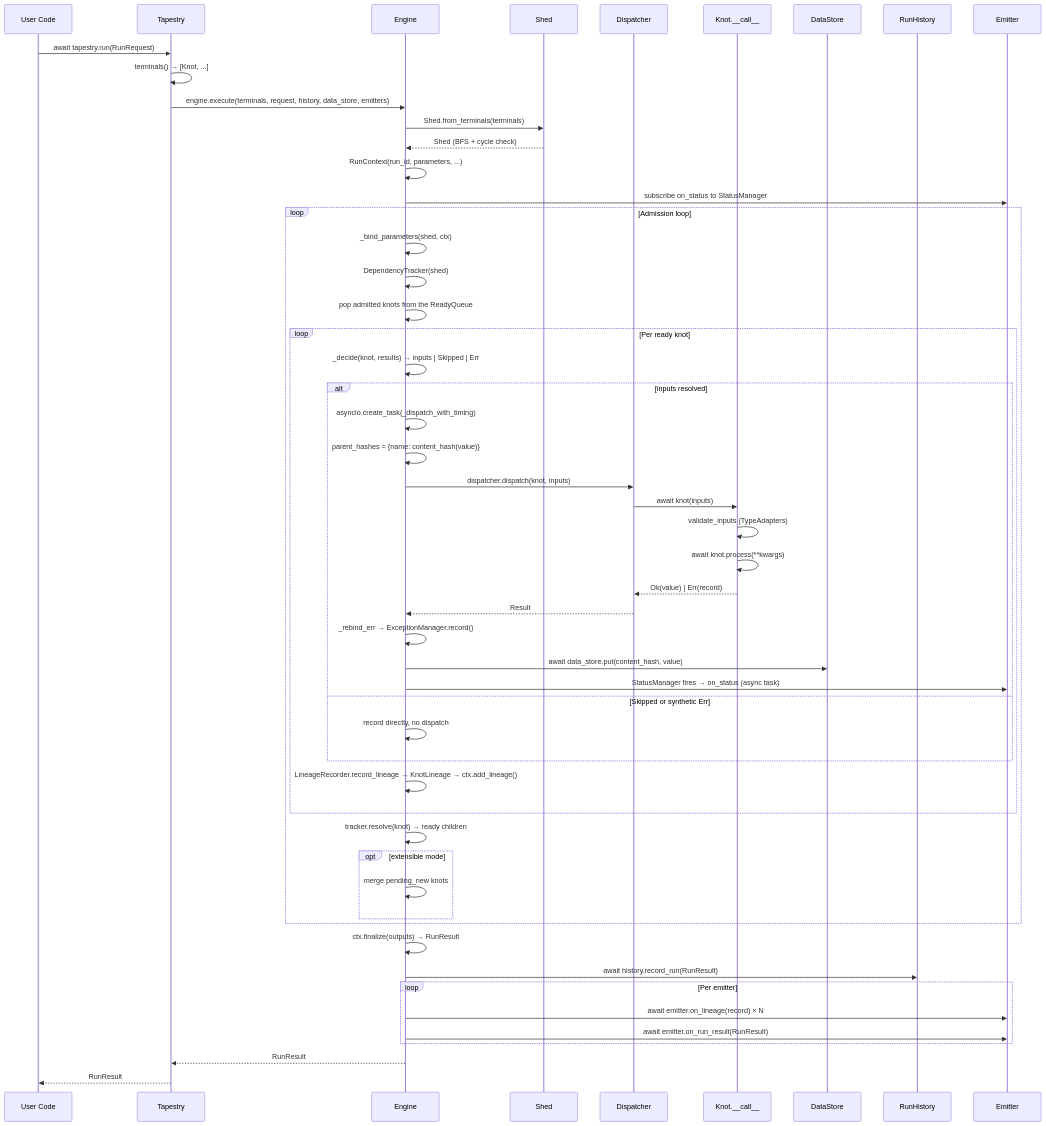
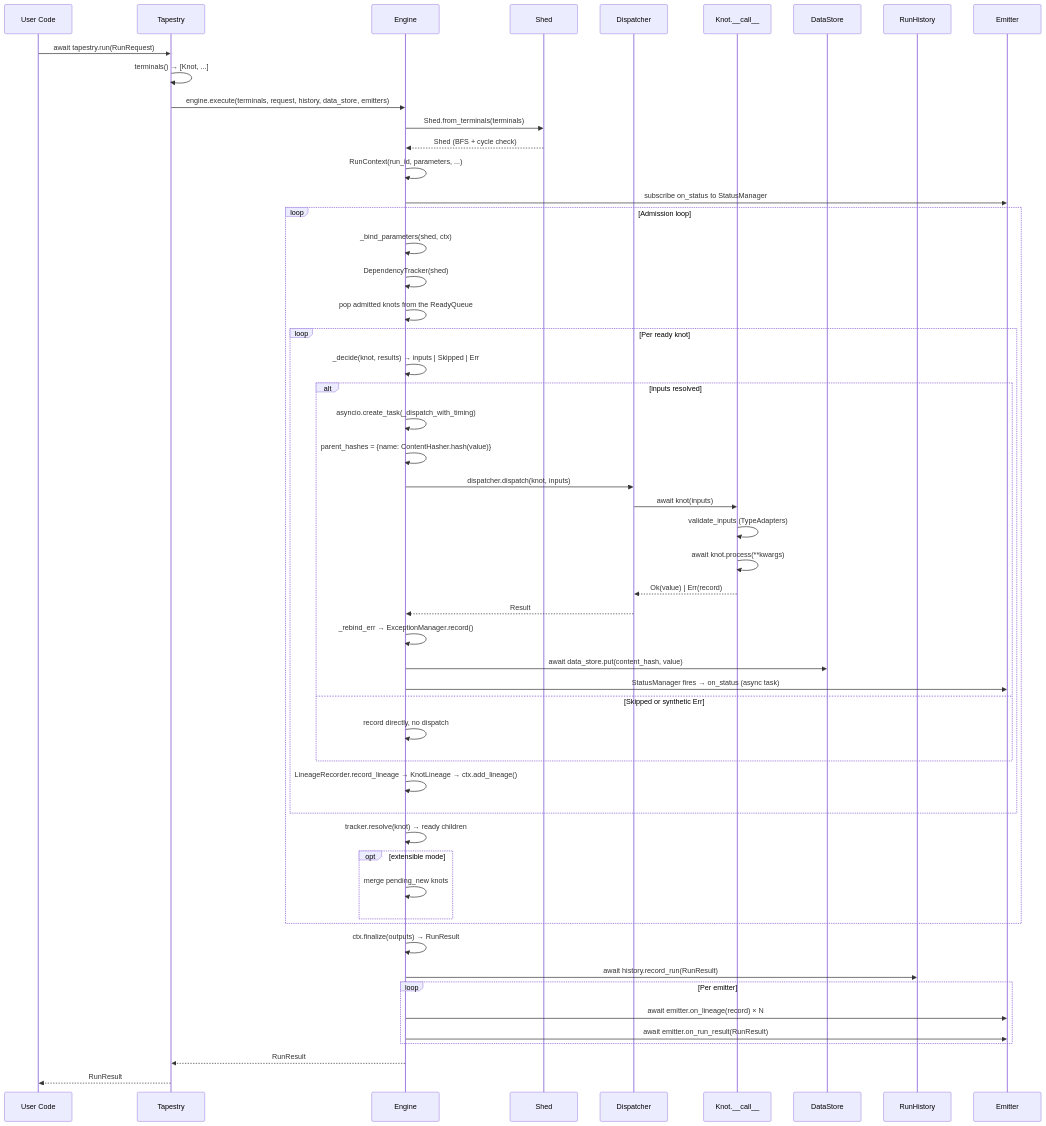
One commit to snoodleboot-io/pirn changed the second of 3 diagrams in docs/architecture.md. Above: the diagram before and after it, drawn with Mermaid. The commit also changed other lines of this file and 775 other files, not shown here.

````diff
--- a/docs/architecture.md
+++ b/docs/architecture.md
@@ -1232,60 +1232,60 @@
 ```mermaid
 sequenceDiagram
     participant U as User Code
     participant T as Tapestry
     participant E as Engine
     participant S as Shed
     participant D as Dispatcher
     participant K as Knot.__call__
     participant DS as DataStore
     participant H as RunHistory
     participant EM as Emitter
 
     U->>T: await tapestry.run(RunRequest)
     T->>T: terminals() → [Knot, ...]
     T->>E: engine.execute(terminals, request, history, data_store, emitters)
     E->>S: Shed.from_terminals(terminals)
     S-->>E: Shed (BFS + cycle check)
     E->>E: RunContext(run_id, parameters, ...)
     E->>EM: subscribe on_status to StatusManager
 
     loop Admission loop
         E->>E: _bind_parameters(shed, ctx)
         E->>E: DependencyTracker(shed)
         E->>E: pop admitted knots from the ReadyQueue
 
         loop Per ready knot
             E->>E: _decide(knot, results) → inputs | Skipped | Err
             alt inputs resolved
                 E->>E: asyncio.create_task(_dispatch_with_timing)
-                E->>E: parent_hashes = {name: content_hash(value)}
+                E->>E: parent_hashes = {name: ContentHasher.hash(value)}
                 E->>D: dispatcher.dispatch(knot, inputs)
                 D->>K: await knot(inputs)
                 K->>K: validate_inputs (TypeAdapters)
                 K->>K: await knot.process(**kwargs)
                 K-->>D: Ok(value) | Err(record)
                 D-->>E: Result
                 E->>E: _rebind_err → ExceptionManager.record()
                 E->>DS: await data_store.put(content_hash, value)
                 E->>EM: StatusManager fires → on_status (async task)
             else Skipped or synthetic Err
                 E->>E: record directly, no dispatch
             end
             E->>E: LineageRecorder.record_lineage → KnotLineage → ctx.add_lineage()
         end
 
         E->>E: tracker.resolve(knot) → ready children
         opt extensible mode
             E->>E: merge pending_new knots
         end
     end
 
     E->>E: ctx.finalize(outputs) → RunResult
     E->>H: await history.record_run(RunResult)
     loop Per emitter
         E->>EM: await emitter.on_lineage(record) × N
         E->>EM: await emitter.on_run_result(RunResult)
     end
     E-->>T: RunResult
     T-->>U: RunResult
 ```
````
